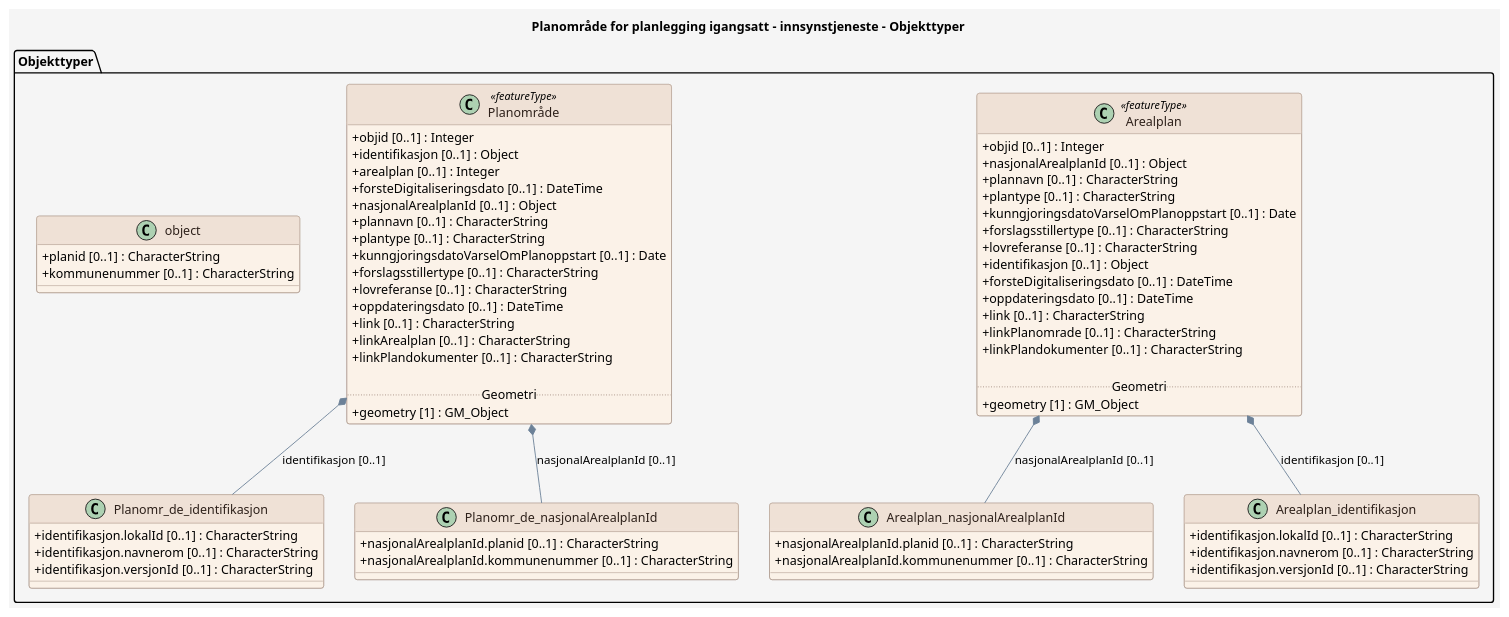
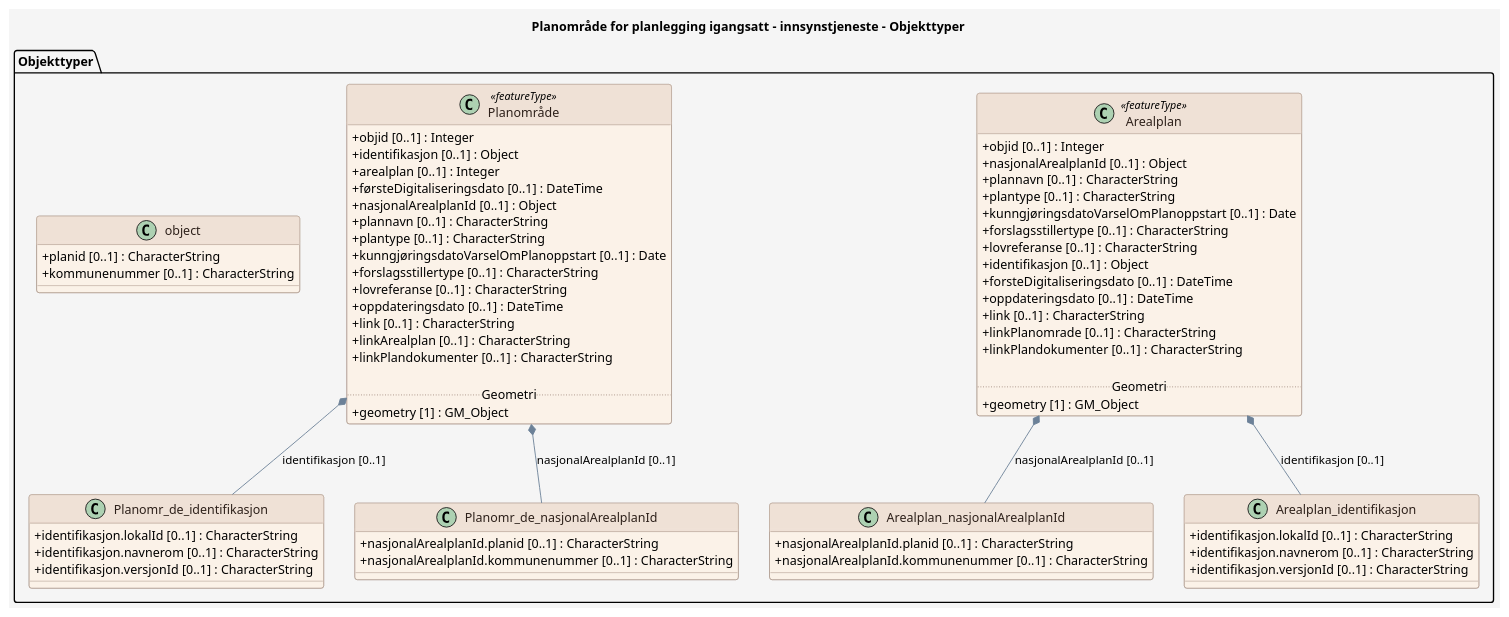
One commit to Arkitektum/produktspesifikasjon_plandata changed the diagram in produktspesifikasjon/planleggingigangsatt/innsynstjeneste/objektkatalog.md. Above: the diagram before and after it, drawn with PlantUML. The commit also changed other lines of this file and 7 other files, not shown here.

```diff
--- a/produktspesifikasjon/planleggingigangsatt/innsynstjeneste/objektkatalog.md
+++ b/produktspesifikasjon/planleggingigangsatt/innsynstjeneste/objektkatalog.md
@@ -36,7 +36,7 @@
     + nasjonalArealplanId [0..1] : Object
     + plannavn [0..1] : CharacterString
     + plantype [0..1] : CharacterString
-    + kunngjoringsdatoVarselOmPlanoppstart [0..1] : Date
+    + kunngjøringsdatoVarselOmPlanoppstart [0..1] : Date
     + forslagsstillertype [0..1] : CharacterString
     + lovreferanse [0..1] : CharacterString
     + identifikasjon [0..1] : Object
@@ -68,11 +68,11 @@
     + objid [0..1] : Integer
     + identifikasjon [0..1] : Object
     + arealplan [0..1] : Integer
-    + forsteDigitaliseringsdato [0..1] : DateTime
+    + førsteDigitaliseringsdato [0..1] : DateTime
     + nasjonalArealplanId [0..1] : Object
     + plannavn [0..1] : CharacterString
     + plantype [0..1] : CharacterString
-    + kunngjoringsdatoVarselOmPlanoppstart [0..1] : Date
+    + kunngjøringsdatoVarselOmPlanoppstart [0..1] : Date
     + forslagsstillertype [0..1] : CharacterString
     + lovreferanse [0..1] : CharacterString
     + oppdateringsdato [0..1] : DateTime
```
